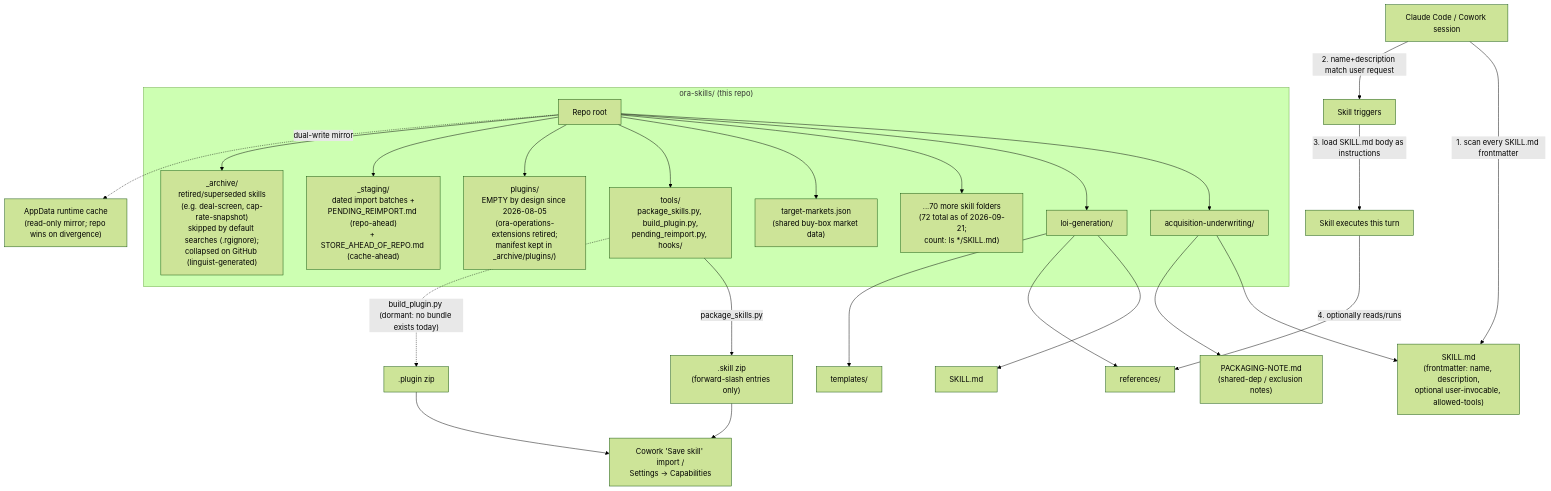
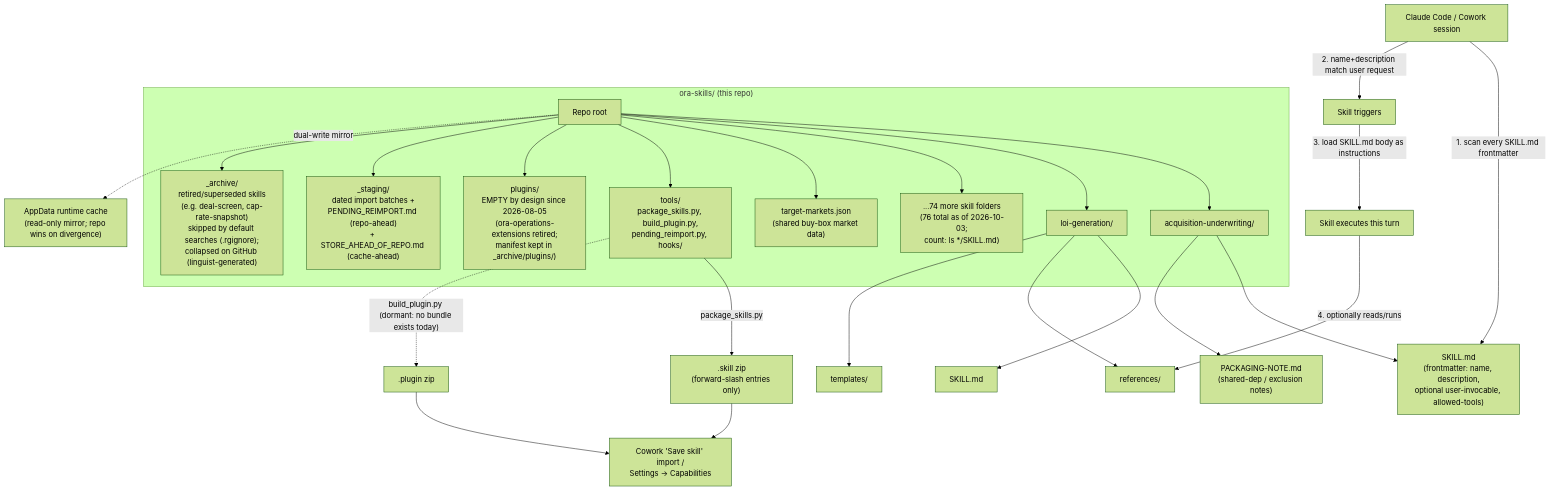
The first of 3 diagrams in README.md (ZeOoba/ora-skills), drawn with Mermaid (forest theme) before and after one commit. The commit also changed other lines of this file, not shown here.

First line of the commit message:
docs: refresh README and skill index

````diff
--- a/README.md
+++ b/README.md
@@ -30,40 +30,40 @@
 ```mermaid
 flowchart TD
     subgraph Repo["ora-skills/ (this repo)"]
         Root["Repo root"]
         S1["acquisition-underwriting/"]
         S2["loi-generation/"]
-        S3["...70 more skill folders\n(72 total as of 2026-09-21;\ncount: ls */SKILL.md)"]
+        S3["...74 more skill folders\n(76 total as of 2026-10-03;\ncount: ls */SKILL.md)"]
         Shared["target-markets.json\n(shared buy-box market data)"]
         Tools["tools/\npackage_skills.py, build_plugin.py,\npending_reimport.py, hooks/"]
         Plugins["plugins/\nEMPTY by design since 2026-08-05\n(ora-operations-extensions retired;\nmanifest kept in _archive/plugins/)"]
         Staging["_staging/\ndated import batches +\nPENDING_REIMPORT.md (repo-ahead)\n+ STORE_AHEAD_OF_REPO.md (cache-ahead)"]
         Archive["_archive/\nretired/superseded skills\n(e.g. deal-screen, cap-rate-snapshot)\nskipped by default searches (.rgignore);\ncollapsed on GitHub (linguist-generated)"]
     end
 
     Root --> S1
     Root --> S2
     Root --> S3
     Root --> Shared
     Root --> Tools
     Root --> Plugins
     Root --> Staging
     Root --> Archive
 
     S1 --> F1["SKILL.md\n(frontmatter: name, description,\noptional user-invocable, allowed-tools)"]
     S1 --> P1["PACKAGING-NOTE.md\n(shared-dep / exclusion notes)"]
     S2 --> F2["SKILL.md"]
     S2 --> R2["references/"]
     S2 --> T2["templates/"]
 
     Tools -- "package_skills.py <outdir>" --> Skillzip[".skill zip\n(forward-slash entries only)"]
     Tools -. "build_plugin.py <plugin>\n(dormant: no bundle exists today)" .-> Pluginzip[".plugin zip"]
     Skillzip --> Cowork["Cowork 'Save skill' import /\nSettings -> Capabilities"]
     Pluginzip --> Cowork
     Root -. "dual-write mirror" .-> AppData["AppData runtime cache\n(read-only mirror; repo wins on divergence)"]
 
     Session["Claude Code / Cowork session"] -- "1. scan every SKILL.md frontmatter" --> F1
     Session -- "2. name+description match user request" --> Trigger["Skill triggers"]
     Trigger -- "3. load SKILL.md body as instructions" --> Exec["Skill executes this turn"]
     Exec -- "4. optionally reads/runs" --> R2
 ```
````
